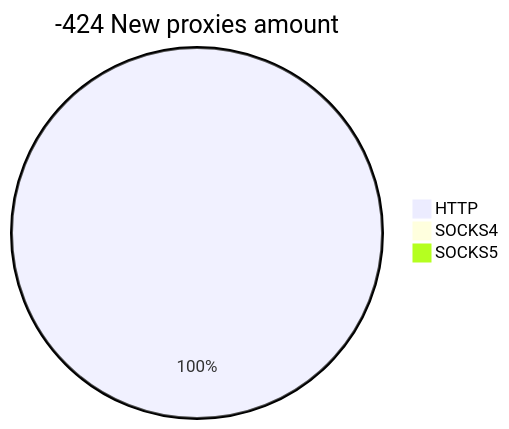
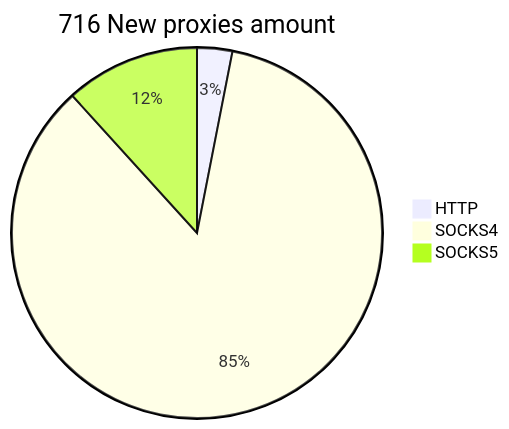
The second of 2 diagrams in README.md (cutipu/proxylist), drawn with Mermaid before and after one commit. The commit also changed other lines of this file, not shown here.

````diff
--- a/README.md
+++ b/README.md
@@ -10,6 +10,6 @@
 ```mermaid
-pie title -424 New proxies amount
-    "HTTP" : 321
-    "SOCKS4" : 0
-    "SOCKS5" : 0
+pie title 716 New proxies amount
+    "HTTP" : 22
+    "SOCKS4" : 610
+    "SOCKS5" : 84
 ```
````
